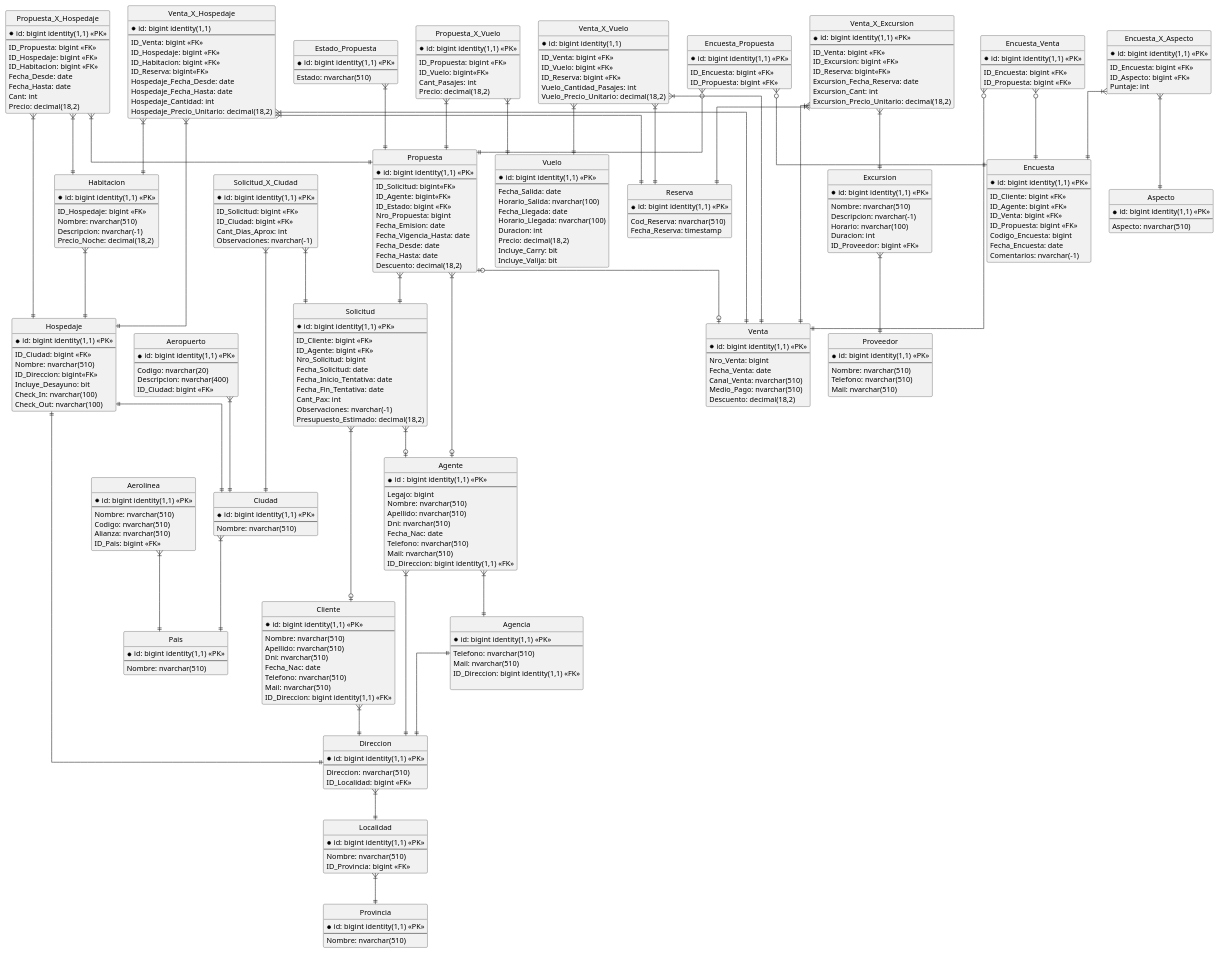
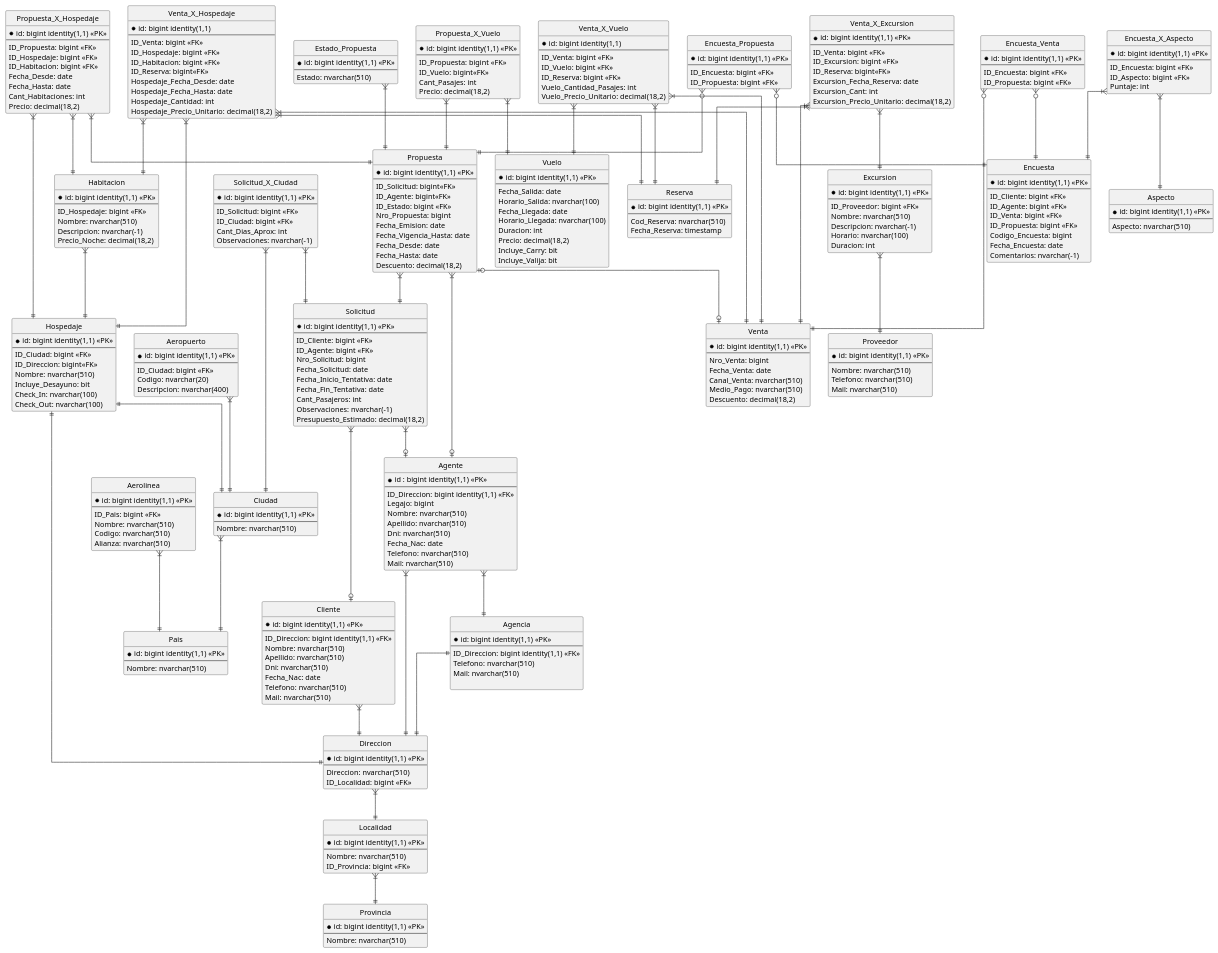
The diagram in trabajo practico/misc/diagrama-tentativo/DER.puml (fonsecanico/GANEN_LA_CUARTA_O_NO_VUELVAN), drawn with PlantUML before and after one commit.

Commit message:
Por ahora me quedaria asi implementado el DER

```diff
--- a/trabajo practico/misc/diagrama-tentativo/DER.puml
+++ b/trabajo practico/misc/diagrama-tentativo/DER.puml
@@ -8,14 +8,15 @@
 entity "Agencia" as agencia {
     *id: bigint identity(1,1) <<PK>>
     --
+    ID_Direccion: bigint identity(1,1) <<FK>>
     Telefono: nvarchar(510)
     Mail: nvarchar(510)
-    ID_Direccion: bigint identity(1,1) <<FK>>
 
 }
 entity "Agente" as agente {
   *id : bigint identity(1,1) <<PK>>
   --
+    ID_Direccion: bigint identity(1,1) <<FK>>
     Legajo: bigint
     Nombre: nvarchar(510)
     Apellido: nvarchar(510)
@@ -23,100 +24,99 @@
     Fecha_Nac: date
     Telefono: nvarchar(510)
     Mail: nvarchar(510)
-    ID_Direccion: bigint identity(1,1) <<FK>>
 }
 'cliente
 entity "Cliente" as cliente {
-  *id: bigint identity(1,1) <<PK>>
-  --
-  Nombre: nvarchar(510)
-  Apellido: nvarchar(510)
-  Dni: nvarchar(510)
-  Fecha_Nac: date
-  Telefono: nvarchar(510)
-  Mail: nvarchar(510)
-  ID_Direccion: bigint identity(1,1) <<FK>>
+    *id: bigint identity(1,1) <<PK>>
+    --
+    ID_Direccion: bigint identity(1,1) <<FK>>
+    Nombre: nvarchar(510)
+    Apellido: nvarchar(510)
+    Dni: nvarchar(510)
+    Fecha_Nac: date
+    Telefono: nvarchar(510)
+    Mail: nvarchar(510)
 }
 'aeropuerto, vuelo y aerolinea
 entity "Aerolinea" as aerolinea {
-  *id: bigint identity(1,1) <<PK>>
-  --
-  Nombre: nvarchar(510)
-  Codigo: nvarchar(510)
-  Alianza: nvarchar(510)
-  ID_Pais: bigint <<FK>>
+    *id: bigint identity(1,1) <<PK>>
+    --
+    ID_Pais: bigint <<FK>>
+    Nombre: nvarchar(510)
+    Codigo: nvarchar(510)
+    Alianza: nvarchar(510)
 }
 entity "Aeropuerto" as aeropuerto {
-  *id: bigint identity(1,1) <<PK>>
-  --
-  Codigo: nvarchar(20)
-  Descripcion: nvarchar(400)
-  ID_Ciudad: bigint <<FK>>
+    *id: bigint identity(1,1) <<PK>>
+    --
+    ID_Ciudad: bigint <<FK>>
+    Codigo: nvarchar(20)
+    Descripcion: nvarchar(400)
 }
 entity "Vuelo" as vuelo {
-  *id: bigint identity(1,1) <<PK>>
-  --
-  Fecha_Salida: date
-  Horario_Salida: nvarchar(100)
-  Fecha_Llegada: date
-  Horario_Llegada: nvarchar(100)
-  Duracion: int
-  Precio: decimal(18,2)
-  Incluye_Carry: bit
-  Incluye_Valija: bit
+    *id: bigint identity(1,1) <<PK>>
+    --
+    Fecha_Salida: date
+    Horario_Salida: nvarchar(100)
+    Fecha_Llegada: date
+    Horario_Llegada: nvarchar(100)
+    Duracion: int
+    Precio: decimal(18,2)
+    Incluye_Carry: bit
+    Incluye_Valija: bit
 }
 'proveedor y excursion
 entity "Proveedor" as proveedor {
-  *id: bigint identity(1,1) <<PK>>
-  --
-  Nombre: nvarchar(510)
-  Telefono: nvarchar(510)
-  Mail: nvarchar(510)
+    *id: bigint identity(1,1) <<PK>>
+    --
+    Nombre: nvarchar(510)
+    Telefono: nvarchar(510)
+    Mail: nvarchar(510)
 }
 entity "Excursion" as excursion {
-  *id: bigint identity(1,1) <<PK>>
-  --
-  Nombre: nvarchar(510)
-  Descripcion: nvarchar(-1)
-  Horario: nvarchar(100)
-  Duracion: int
-  ID_Proveedor: bigint <<FK>>
+    *id: bigint identity(1,1) <<PK>>
+    --
+    ID_Proveedor: bigint <<FK>>
+    Nombre: nvarchar(510)
+    Descripcion: nvarchar(-1)
+    Horario: nvarchar(100)
+    Duracion: int
 }
 'solicitudes
 entity "Solicitud" as solicitud {
-  *id: bigint identity(1,1) <<PK>>
-  --
-  ID_Cliente: bigint <<FK>>
-  ID_Agente: bigint <<FK>>
-  Nro_Solicitud: bigint
-  Fecha_Solicitud: date
-  Fecha_Inicio_Tentativa: date
-  Fecha_Fin_Tentativa: date
-  Cant_Pax: int
-  Observaciones: nvarchar(-1)
-  Presupuesto_Estimado: decimal(18,2)
+    *id: bigint identity(1,1) <<PK>>
+    --
+    ID_Cliente: bigint <<FK>>
+    ID_Agente: bigint <<FK>>
+    Nro_Solicitud: bigint
+    Fecha_Solicitud: date
+    Fecha_Inicio_Tentativa: date
+    Fecha_Fin_Tentativa: date
+    Cant_Pasajeros: int
+    Observaciones: nvarchar(-1)
+    Presupuesto_Estimado: decimal(18,2)
 }
 entity "Solicitud_X_Ciudad" as solicitud_ciudad {
-  *id: bigint identity(1,1) <<PK>>
-  --
-  ID_Solicitud: bigint <<FK>>
-  ID_Ciudad: bigint <<FK>>
-  Cant_Dias_Aprox: int
-  Observaciones: nvarchar(-1)
+    *id: bigint identity(1,1) <<PK>>
+    --
+    ID_Solicitud: bigint <<FK>>
+    ID_Ciudad: bigint <<FK>>
+    Cant_Dias_Aprox: int
+    Observaciones: nvarchar(-1)
 }
 'propuestas
 entity "Propuesta" as propuesta {
-  *id: bigint identity(1,1) <<PK>>
-  --
-  ID_Solicitud: bigint<<FK>>
-  ID_Agente: bigint<<FK>>
-  ID_Estado: bigint <<FK>>
-  Nro_Propuesta: bigint
-  Fecha_Emision: date
-  Fecha_Vigencia_Hasta: date
-  Fecha_Desde: date
-  Fecha_Hasta: date
-  Descuento: decimal(18,2)
+    *id: bigint identity(1,1) <<PK>>
+    --
+    ID_Solicitud: bigint<<FK>>
+    ID_Agente: bigint<<FK>>
+    ID_Estado: bigint <<FK>>
+    Nro_Propuesta: bigint
+    Fecha_Emision: date
+    Fecha_Vigencia_Hasta: date
+    Fecha_Desde: date
+    Fecha_Hasta: date
+    Descuento: decimal(18,2)
 }
 entity "Estado_Propuesta" as estado_propuesta {
     *id: bigint identity(1,1) <<PK>>
@@ -124,42 +124,42 @@
     Estado: nvarchar(510)
 }
 entity "Propuesta_X_Vuelo" as propuesta_vuelo {
-  *id: bigint identity(1,1) <<PK>>
-  --
-  ID_Propuesta: bigint <<FK>>
-  ID_Vuelo: bigint<<FK>>
-  Cant_Pasajes: int
-  Precio: decimal(18,2)
+    *id: bigint identity(1,1) <<PK>>
+    --
+    ID_Propuesta: bigint <<FK>>
+    ID_Vuelo: bigint<<FK>>
+    Cant_Pasajes: int
+    Precio: decimal(18,2)
 }
 entity "Propuesta_X_Hospedaje" as propuesta_hospedaje {
-  *id: bigint identity(1,1) <<PK>>
-  --
-  ID_Propuesta: bigint <<FK>>
-  ID_Hospedaje: bigint <<FK>>
-  ID_Habitacion: bigint <<FK>>
-  Fecha_Desde: date
-  Fecha_Hasta: date
-  Cant: int
-  Precio: decimal(18,2)
+    *id: bigint identity(1,1) <<PK>>
+    --
+    ID_Propuesta: bigint <<FK>>
+    ID_Hospedaje: bigint <<FK>>
+    ID_Habitacion: bigint <<FK>>
+    Fecha_Desde: date
+    Fecha_Hasta: date
+    Cant_Habitaciones: int
+    Precio: decimal(18,2)
 }
 'hospedaje y habitacion
 entity "Hospedaje" as hospedaje {
-  *id: bigint identity(1,1) <<PK>>
-  --
-  ID_Ciudad: bigint <<FK>>
-  Nombre: nvarchar(510)
-  ID_Direccion: bigint<<FK>>
-  Incluye_Desayuno: bit
-  Check_In: nvarchar(100)
-  Check_Out: nvarchar(100)
+    *id: bigint identity(1,1) <<PK>>
+    --
+    ID_Ciudad: bigint <<FK>>
+    ID_Direccion: bigint<<FK>>
+    Nombre: nvarchar(510)
+    Incluye_Desayuno: bit
+    Check_In: nvarchar(100)
+    Check_Out: nvarchar(100)
 }
 entity "Habitacion" as habitacion {
-  *id: bigint identity(1,1) <<PK>>
-  --
-  ID_Hospedaje: bigint <<FK>>
-  Nombre: nvarchar(510)
-  Descripcion: nvarchar(-1)
-  Precio_Noche: decimal(18,2)
+    *id: bigint identity(1,1) <<PK>>
+    --
+    ID_Hospedaje: bigint <<FK>>
+    Nombre: nvarchar(510)
+    Descripcion: nvarchar(-1)
+    Precio_Noche: decimal(18,2)
 }
 'reserva
 entity "Reserva" as reserva {
@@ -170,13 +170,13 @@
 }
 ' ventas
 entity "Venta" as venta {
-  *id: bigint identity(1,1) <<PK>>
-  --
-  Nro_Venta: bigint
-  Fecha_Venta: date
-  Canal_Venta: nvarchar(510)
-  Medio_Pago: nvarchar(510)
-  Descuento: decimal(18,2)
+    *id: bigint identity(1,1) <<PK>>
+    --
+    Nro_Venta: bigint
+    Fecha_Venta: date
+    Canal_Venta: nvarchar(510)
+    Medio_Pago: nvarchar(510)
+    Descuento: decimal(18,2)
 }
 entity "Venta_X_Vuelo" as venta_vuelo {
     *id: bigint identity(1,1)
@@ -200,50 +200,50 @@
     Hospedaje_Precio_Unitario: decimal(18,2)
 }
 entity "Venta_X_Excursion" as venta_excursion {
-  *id: bigint identity(1,1) <<PK>>
-  --
-  ID_Venta: bigint <<FK>>
-  ID_Excursion: bigint <<FK>>
-  ID_Reserva: bigint<<FK>>
-  Excursion_Fecha_Reserva: date
-  Excursion_Cant: int
-  Excursion_Precio_Unitario: decimal(18,2)
+    *id: bigint identity(1,1) <<PK>>
+    --
+    ID_Venta: bigint <<FK>>
+    ID_Excursion: bigint <<FK>>
+    ID_Reserva: bigint<<FK>>
+    Excursion_Fecha_Reserva: date
+    Excursion_Cant: int
+    Excursion_Precio_Unitario: decimal(18,2)
 }
 ' encuesta
 entity "Encuesta" as encuesta {
-  *id: bigint identity(1,1) <<PK>>
-  --
-  ID_Cliente: bigint <<FK>>
-  ID_Agente: bigint <<FK>>
-  ID_Venta: bigint <<FK>>
-  ID_Propuesta: bigint <<FK>>
-  Codigo_Encuesta: bigint
-  Fecha_Encuesta: date
-  Comentarios: nvarchar(-1)
+    *id: bigint identity(1,1) <<PK>>
+    --
+    ID_Cliente: bigint <<FK>>
+    ID_Agente: bigint <<FK>>
+    ID_Venta: bigint <<FK>>
+    ID_Propuesta: bigint <<FK>>
+    Codigo_Encuesta: bigint
+    Fecha_Encuesta: date
+    Comentarios: nvarchar(-1)
 }
 entity "Encuesta_Venta" as encuesta_venta {
-  *id: bigint identity(1,1) <<PK>>
-  --
-  ID_Encuesta: bigint <<FK>>
-  ID_Propuesta: bigint <<FK>>
+    *id: bigint identity(1,1) <<PK>>
+    --
+    ID_Encuesta: bigint <<FK>>
+    ID_Propuesta: bigint <<FK>>
 }
 entity "Encuesta_Propuesta" as encuesta_propuesta {
-  *id: bigint identity(1,1) <<PK>>
-  --
-  ID_Encuesta: bigint <<FK>>
-  ID_Propuesta: bigint <<FK>>
+    *id: bigint identity(1,1) <<PK>>
+    --
+    ID_Encuesta: bigint <<FK>>
+    ID_Propuesta: bigint <<FK>>
 }
 entity "Encuesta_X_Aspecto" as encuesta_aspecto {
-  *id: bigint identity(1,1) <<PK>>
-  --
-  ID_Encuesta: bigint <<FK>>
-  ID_Aspecto: bigint <<FK>>
-  Puntaje: int
+    *id: bigint identity(1,1) <<PK>>
+    --
+    ID_Encuesta: bigint <<FK>>
+    ID_Aspecto: bigint <<FK>>
+    Puntaje: int
 }
 entity "Aspecto" as aspecto {
-  *id: bigint identity(1,1) <<PK>>
-  --
-  Aspecto: nvarchar(510)
+    *id: bigint identity(1,1) <<PK>>
+    --
+    Aspecto: nvarchar(510)
 }
 ' locaciones
 entity "Pais" as pais {
```
